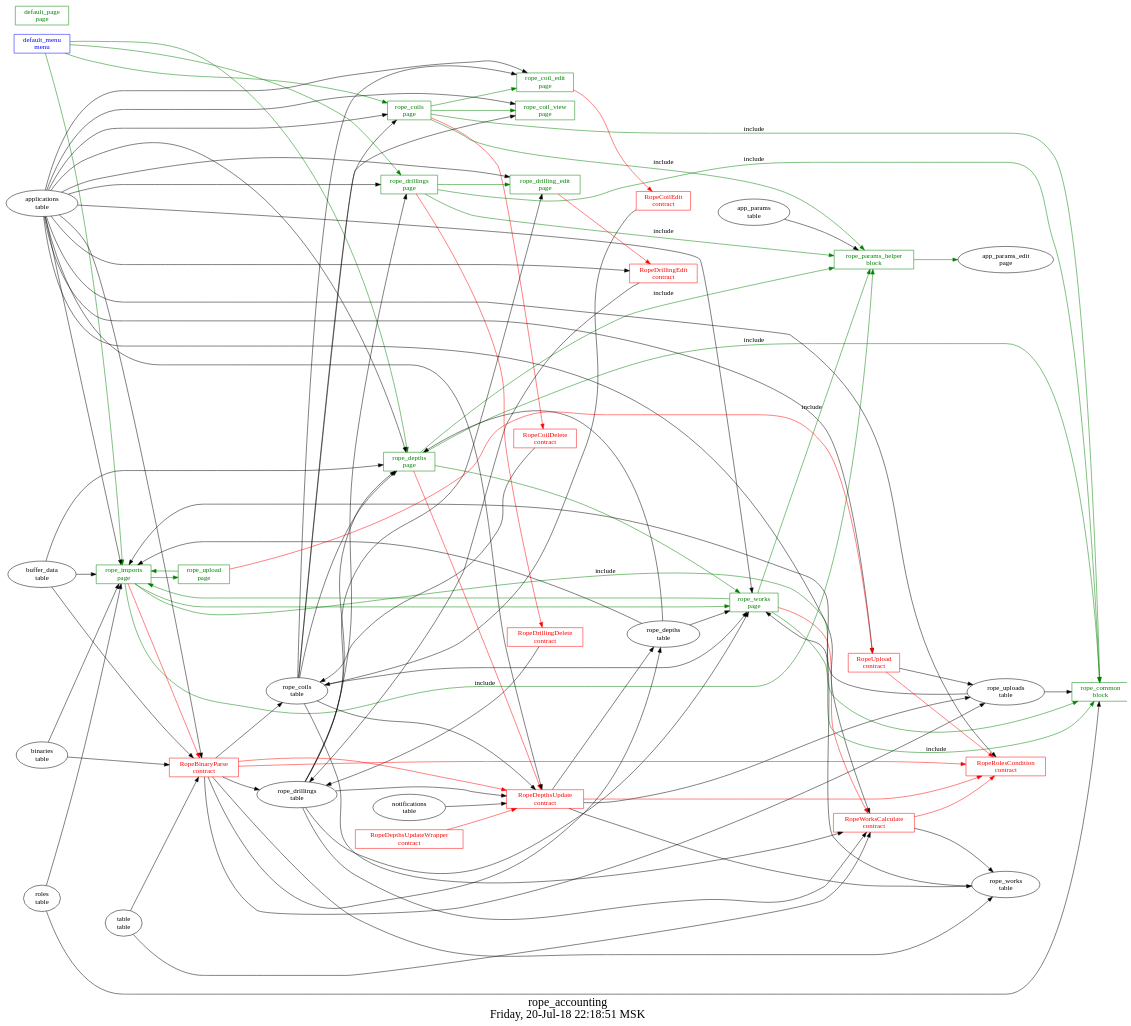
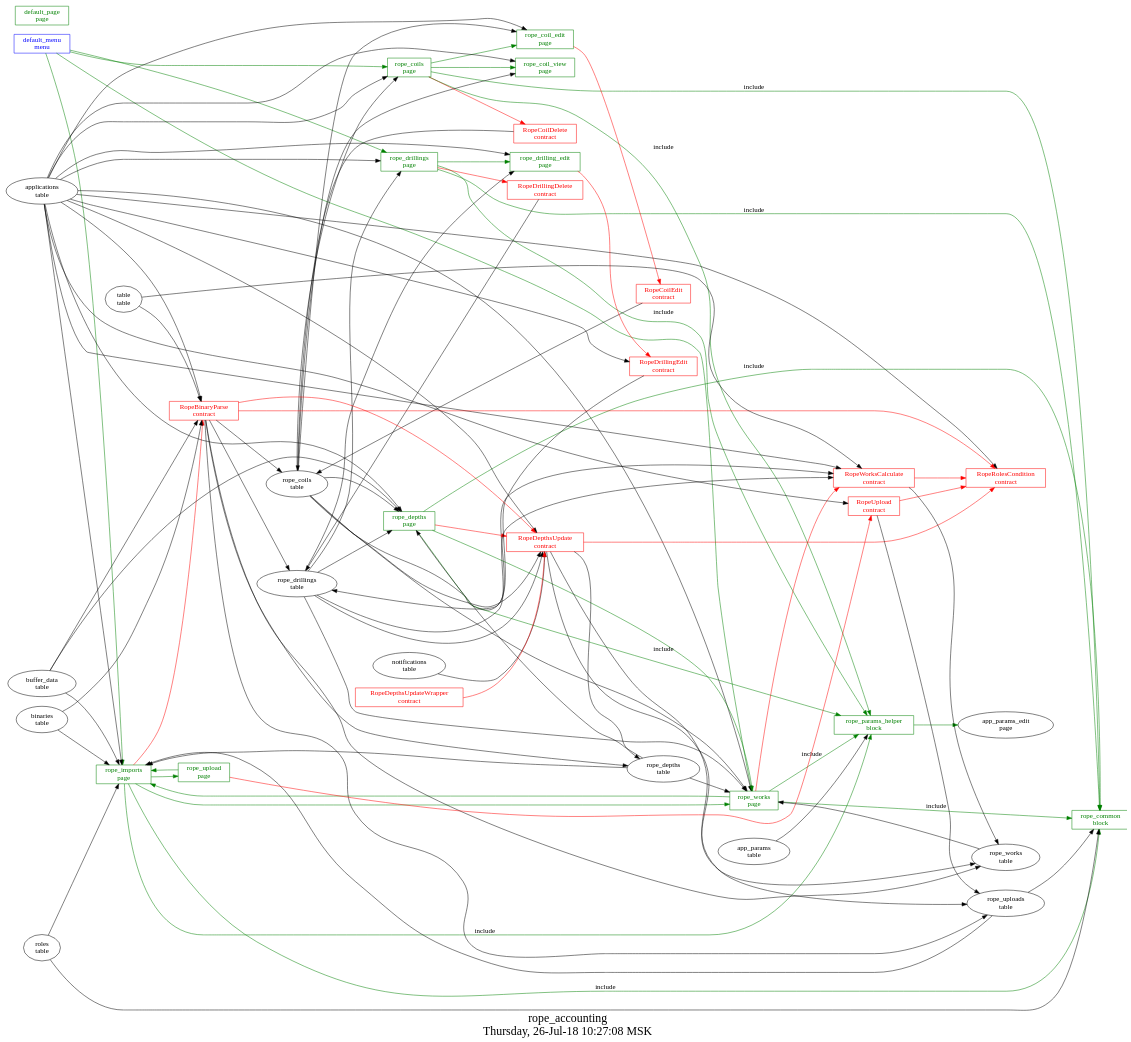
The diagram in src/rope_accounting/struct.dot (AplaProject/apps), drawn with Graphviz before and after one commit. The commit also changed 2 other files, not shown here.

```diff
--- a/src/rope_accounting/struct.dot
+++ b/src/rope_accounting/struct.dot
@@ -1,131 +1,133 @@
 digraph G {
-fontsize="24";
-label="rope_accounting\nFriday, 20-Jul-18 22:18:51 MSK";
-nojustify=true;
-ordering=out;
-rankdir=LR;
-size="30";
+graph [
+  fontsize="24";
+  label="rope_accounting\nThursday, 26-Jul-18 10:27:08 MSK";
+  nojustify=true;
+  ordering=out;
+  rankdir=LR;
+  size="30";
+];
 "default_menu\nmenu" -> "rope_imports\npage"  [ color=green ]
-"default_menu\nmenu" -> "rope_depths\npage"  [ color=green ]
+"default_menu\nmenu" -> "rope_works\npage"  [ color=green ]
 "default_menu\nmenu" -> "rope_drillings\npage"  [ color=green ]
 "default_menu\nmenu" -> "rope_coils\npage"  [ color=green ]
 "default_menu\nmenu" [color=blue, fontcolor=blue, group=menus, shape=record];
 "default_page\npage" [color=green, fontcolor=green, group=pages, shape=record];
 "rope_coil_edit\npage" -> "RopeCoilEdit\ncontract"  [ color=red ]
 "applications\ntable" -> "rope_coil_edit\npage"
 "rope_coils\ntable" -> "rope_coil_edit\npage"
 "rope_coil_edit\npage" [color=green, fontcolor=green, group=pages, shape=record];
 "applications\ntable" -> "rope_coil_view\npage"
 "rope_coils\ntable" -> "rope_coil_view\npage"
 "rope_coil_view\npage" [color=green, fontcolor=green, group=pages, shape=record];
 "rope_coils\npage" -> "RopeCoilDelete\ncontract"  [ color=red ]
 "applications\ntable" -> "rope_coils\npage"
 "rope_coils\ntable" -> "rope_coils\npage"
 "rope_coils\npage" -> "rope_coil_edit\npage"  [ color=green ]
 "rope_coils\npage" -> "rope_coil_view\npage"  [ color=green ]
 "rope_coils\npage" -> "rope_common\nblock"  [ color=green, label=include ]
 "rope_coils\npage" -> "rope_params_helper\nblock"  [ color=green, label=include ]
 "rope_coils\npage" [color=green, fontcolor=green, group=pages, shape=record];
 "rope_depths\npage" -> "RopeDepthsUpdate\ncontract"  [ color=red ]
 "applications\ntable" -> "rope_depths\npage"
 "rope_depths\ntable" -> "rope_depths\npage"
 "rope_drillings\ntable" -> "rope_depths\npage"
 "rope_coils\ntable" -> "rope_depths\npage"
 "buffer_data\ntable" -> "rope_depths\npage"
 "rope_depths\npage" -> "rope_works\npage"  [ color=green ]
 "rope_depths\npage" -> "rope_common\nblock"  [ color=green, label=include ]
 "rope_depths\npage" -> "rope_params_helper\nblock"  [ color=green, label=include ]
 "rope_depths\npage" [color=green, fontcolor=green, group=pages, shape=record];
 "rope_drilling_edit\npage" -> "RopeDrillingEdit\ncontract"  [ color=red ]
 "applications\ntable" -> "rope_drilling_edit\npage"
 "rope_drillings\ntable" -> "rope_drilling_edit\npage"
 "rope_drilling_edit\npage" [color=green, fontcolor=green, group=pages, shape=record];
 "rope_drillings\npage" -> "RopeDrillingDelete\ncontract"  [ color=red ]
 "applications\ntable" -> "rope_drillings\npage"
 "rope_drillings\ntable" -> "rope_drillings\npage"
 "rope_drillings\npage" -> "rope_drilling_edit\npage"  [ color=green ]
 "rope_drillings\npage" -> "rope_common\nblock"  [ color=green, label=include ]
 "rope_drillings\npage" -> "rope_params_helper\nblock"  [ color=green, label=include ]
 "rope_drillings\npage" [color=green, fontcolor=green, group=pages, shape=record];
 "rope_imports\npage" -> "RopeBinaryParse\ncontract"  [ color=red ]
 "applications\ntable" -> "rope_imports\npage"
 "roles\ntable" -> "rope_imports\npage"
 "rope_uploads\ntable" -> "rope_imports\npage"
 "binaries\ntable" -> "rope_imports\npage"
 "rope_depths\ntable" -> "rope_imports\npage"
 "buffer_data\ntable" -> "rope_imports\npage"
 "rope_imports\npage" -> "rope_upload\npage"  [ color=green ]
 "rope_imports\npage" -> "rope_works\npage"  [ color=green ]
 "rope_imports\npage" -> "rope_common\nblock"  [ color=green, label=include ]
 "rope_imports\npage" -> "rope_params_helper\nblock"  [ color=green, label=include ]
 "rope_imports\npage" [color=green, fontcolor=green, group=pages, shape=record];
 "rope_upload\npage" -> "RopeUpload\ncontract"  [ color=red ]
 "rope_upload\npage" -> "rope_imports\npage"  [ color=green ]
 "rope_upload\npage" [color=green, fontcolor=green, group=pages, shape=record];
 "rope_works\npage" -> "RopeWorksCalculate\ncontract"  [ color=red ]
 "applications\ntable" -> "rope_works\npage"
 "rope_works\ntable" -> "rope_works\npage"
 "rope_drillings\ntable" -> "rope_works\npage"
 "rope_coils\ntable" -> "rope_works\npage"
 "rope_depths\ntable" -> "rope_works\npage"
 "rope_works\npage" -> "rope_imports\npage"  [ color=green ]
 "rope_works\npage" -> "rope_common\nblock"  [ color=green, label=include ]
 "rope_works\npage" -> "rope_params_helper\nblock"  [ color=green, label=include ]
 "rope_works\npage" [color=green, fontcolor=green, group=pages, shape=record];
 "roles\ntable" -> "rope_common\nblock"
 "rope_uploads\ntable" -> "rope_common\nblock"
 "rope_common\nblock" [color=green, fontcolor=green, group=blocks, shape=record];
 "app_params\ntable" -> "rope_params_helper\nblock"
 "rope_params_helper\nblock" -> "app_params_edit\npage"  [ color=green ]
 "rope_params_helper\nblock" [color=green, fontcolor=green, group=blocks, shape=record];
 "RopeBinaryParse\ncontract" -> "RopeDepthsUpdate\ncontract"  [ color=red ]
 "RopeBinaryParse\ncontract" -> "RopeRolesCondition\ncontract"  [ color=red ]
 "RopeBinaryParse\ncontract" -> "rope_coils\ntable"  [ color="" ]
 "RopeBinaryParse\ncontract" -> "rope_drillings\ntable"  [ color="" ]
 "RopeBinaryParse\ncontract" -> "rope_works\ntable"  [ color="" ]
 "RopeBinaryParse\ncontract" -> "rope_depths\ntable"  [ color="" ]
 "RopeBinaryParse\ncontract" -> "rope_uploads\ntable"  [ color="" ]
 "table\ntable" -> "RopeBinaryParse\ncontract"
 "buffer_data\ntable" -> "RopeBinaryParse\ncontract"
 "binaries\ntable" -> "RopeBinaryParse\ncontract"
 "applications\ntable" -> "RopeBinaryParse\ncontract"
 "RopeBinaryParse\ncontract" [color=red, fontcolor=red, group=contracts, shape=record];
 "RopeCoilDelete\ncontract" -> "rope_coils\ntable"  [ color="" ]
 "RopeCoilDelete\ncontract" [color=red, fontcolor=red, group=contracts, shape=record];
 "RopeCoilEdit\ncontract" -> "rope_coils\ntable"  [ color="" ]
 "RopeCoilEdit\ncontract" [color=red, fontcolor=red, group=contracts, shape=record];
 "RopeDepthsUpdate\ncontract" -> "RopeRolesCondition\ncontract"  [ color=red ]
 "RopeDepthsUpdate\ncontract" -> "rope_uploads\ntable"  [ color="" ]
 "RopeDepthsUpdate\ncontract" -> "rope_works\ntable"  [ color="" ]
 "RopeDepthsUpdate\ncontract" -> "rope_depths\ntable"  [ color="" ]
 "notifications\ntable" -> "RopeDepthsUpdate\ncontract"
 "rope_drillings\ntable" -> "RopeDepthsUpdate\ncontract"
 "rope_coils\ntable" -> "RopeDepthsUpdate\ncontract"
 "applications\ntable" -> "RopeDepthsUpdate\ncontract"
 "RopeDepthsUpdate\ncontract" [color=red, fontcolor=red, group=contracts, shape=record];
 "RopeDepthsUpdateWrapper\ncontract" -> "RopeDepthsUpdate\ncontract"  [ color=red ]
 "RopeDepthsUpdateWrapper\ncontract" [color=red, fontcolor=red, group=contracts, shape=record];
 "RopeDrillingDelete\ncontract" -> "rope_drillings\ntable"  [ color="" ]
 "RopeDrillingDelete\ncontract" [color=red, fontcolor=red, group=contracts, shape=record];
 "RopeDrillingEdit\ncontract" -> "rope_drillings\ntable"  [ color="" ]
 "applications\ntable" -> "RopeDrillingEdit\ncontract"
 "RopeDrillingEdit\ncontract" [color=red, fontcolor=red, group=contracts, shape=record];
 "applications\ntable" -> "RopeRolesCondition\ncontract"
 "RopeRolesCondition\ncontract" [color=red, fontcolor=red, group=contracts, shape=record];
 "RopeUpload\ncontract" -> "RopeRolesCondition\ncontract"  [ color=red ]
 "RopeUpload\ncontract" -> "rope_uploads\ntable"  [ color="" ]
 "applications\ntable" -> "RopeUpload\ncontract"
 "RopeUpload\ncontract" [color=red, fontcolor=red, group=contracts, shape=record];
 "RopeWorksCalculate\ncontract" -> "RopeRolesCondition\ncontract"  [ color=red ]
 "RopeWorksCalculate\ncontract" -> "rope_works\ntable"  [ color="" ]
 "table\ntable" -> "RopeWorksCalculate\ncontract"
 "applications\ntable" -> "RopeWorksCalculate\ncontract"
 "rope_coils\ntable" -> "RopeWorksCalculate\ncontract"
 "rope_drillings\ntable" -> "RopeWorksCalculate\ncontract"
 "RopeWorksCalculate\ncontract" [color=red, fontcolor=red, group=contracts, shape=record];
 "rope_coils\ntable" [color="", fontcolor="", group=tables, shape=""];
 "rope_depths\ntable" [color="", fontcolor="", group=tables, shape=""];
 "rope_drillings\ntable" [color="", fontcolor="", group=tables, shape=""];
 "rope_uploads\ntable" [color="", fontcolor="", group=tables, shape=""];
 "rope_works\ntable" [color="", fontcolor="", group=tables, shape=""];
 }
```
